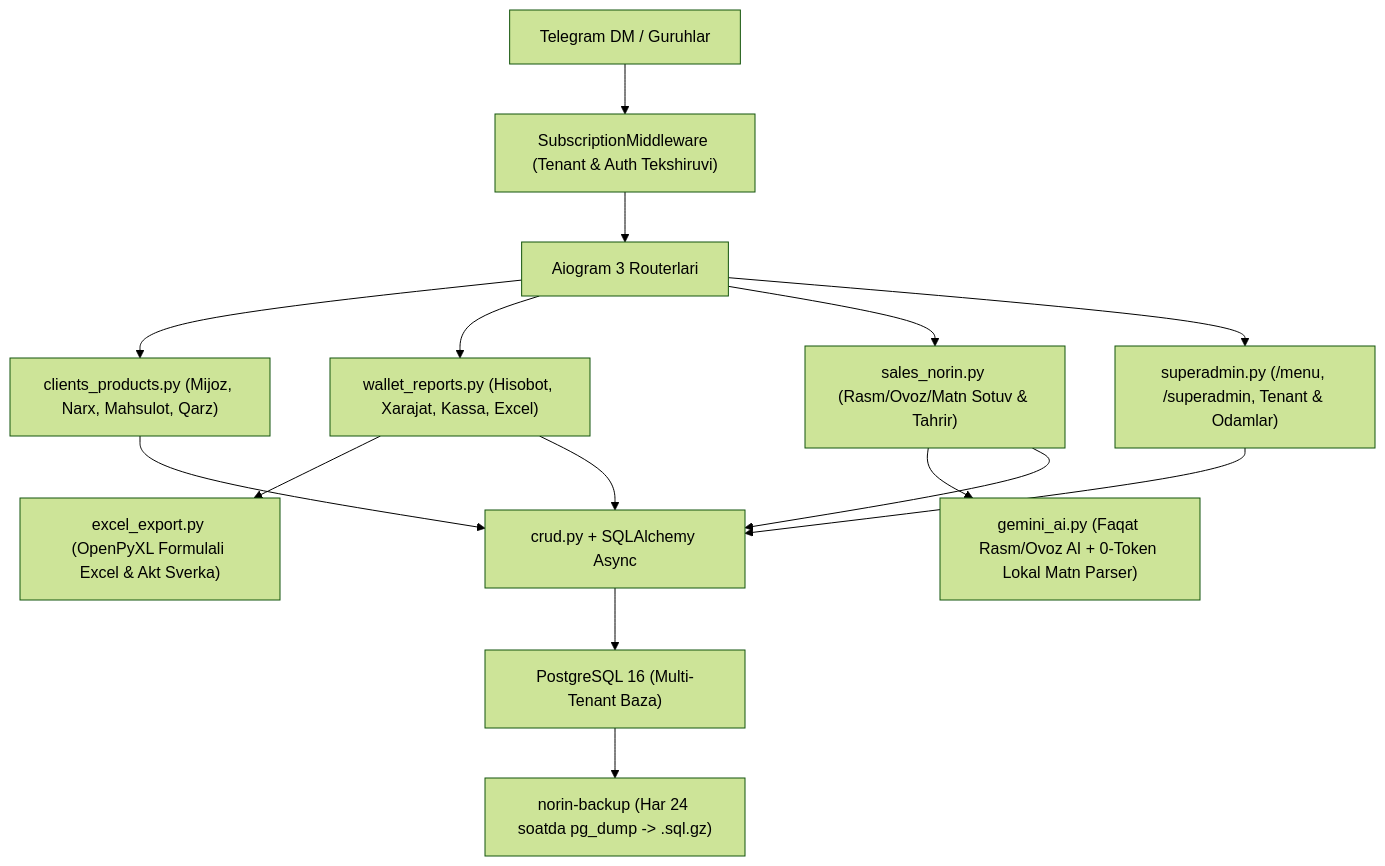
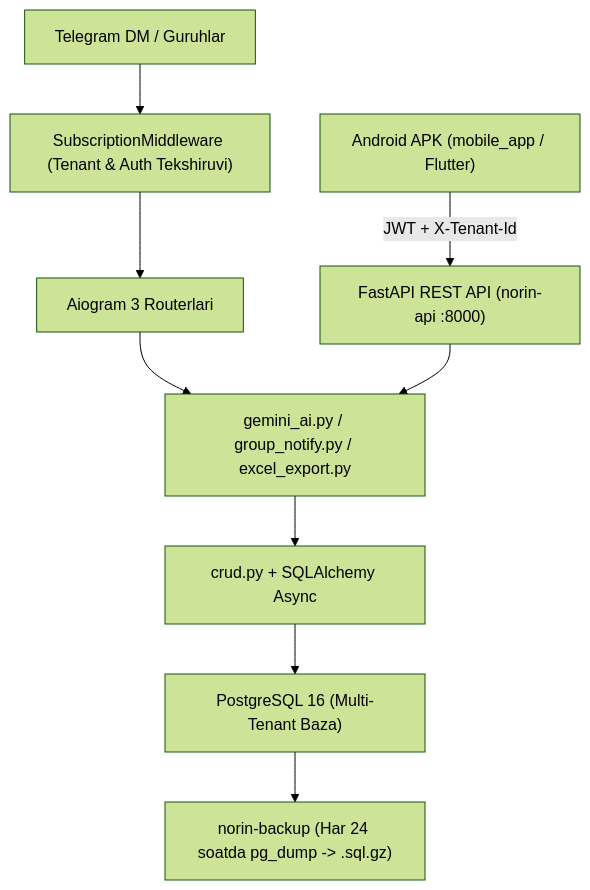
Before and after one commit to SunnatDevPy/Norin_ai_hisobot: the diagram in README.md, drawn with Mermaid (forest theme). The commit also changed other lines of this file and 42 other files, not shown here.

Commit message:
Add Flutter SaaS Android app (mobile_app) and update README

````diff
--- a/README.md
+++ b/README.md
@@ -66,14 +76,10 @@
 ```mermaid
 flowchart TD
     U["Telegram DM / Guruhlar"] --> MW["SubscriptionMiddleware (Tenant & Auth Tekshiruvi)"]
+    APP["Android APK (mobile_app / Flutter)"] -->|JWT + X-Tenant-Id| API["FastAPI REST API (norin-api :8000)"]
     MW --> R["Aiogram 3 Routerlari"]
-    R --> CP["clients_products.py (Mijoz, Narx, Mahsulot, Qarz)"]
-    R --> WR["wallet_reports.py (Hisobot, Xarajat, Kassa, Excel)"]
-    R --> SN["sales_norin.py (Rasm/Ovoz/Matn Sotuv & Tahrir)"]
-    R --> SA["superadmin.py (/menu, /superadmin, Tenant & Odamlar)"]
-    SN --> AI["gemini_ai.py (Faqat Rasm/Ovoz AI + 0-Token Lokal Matn Parser)"]
-    WR --> EX["excel_export.py (OpenPyXL Formulali Excel & Akt Sverka)"]
-    CP & WR & SN & SA --> DB["crud.py + SQLAlchemy Async"]
+    R & API --> SN["gemini_ai.py / group_notify.py / excel_export.py"]
+    SN --> DB["crud.py + SQLAlchemy Async"]
     DB --> PG["PostgreSQL 16 (Multi-Tenant Baza)"]
     PG --> BK["norin-backup (Har 24 soatda pg_dump -> .sql.gz)"]
 ```
````
